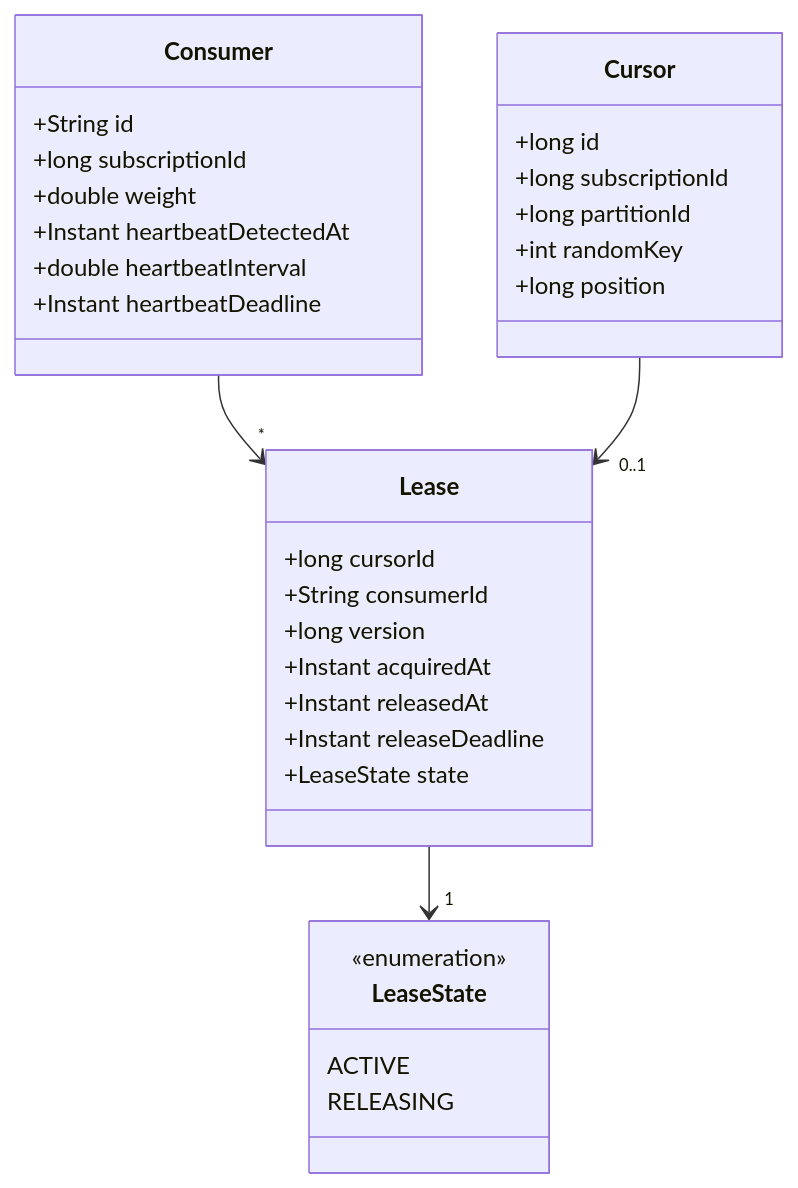
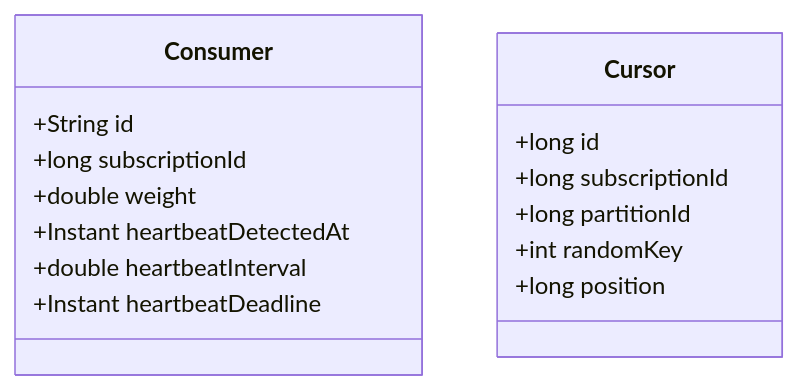
The second of 2 diagrams in README.md (rbilleci/boxy), drawn with Mermaid before and after one commit. The commit also changed other lines of this file and 9 other files, not shown here.

````diff
--- a/README.md
+++ b/README.md
@@ -141,35 +131,18 @@
 ```mermaid
 classDiagram
     class Consumer {
         +String id
         +long subscriptionId
         +double weight
         +Instant heartbeatDetectedAt
         +double heartbeatInterval
         +Instant heartbeatDeadline
     }
     class Cursor {
         +long id
         +long subscriptionId
         +long partitionId
         +int randomKey
         +long position
     }
-    class Lease {
-        +long cursorId
-        +String consumerId
-        +long version
-        +Instant acquiredAt
-        +Instant releasedAt
-        +Instant releaseDeadline
-        +LeaseState state
-    }
-    class LeaseState {
-        <<enumeration>>
-        ACTIVE
-        RELEASING
-    }
-    Consumer --> "*" Lease
-    Cursor --> "0..1" Lease
-    Lease --> "1" LeaseState
 ```
````
